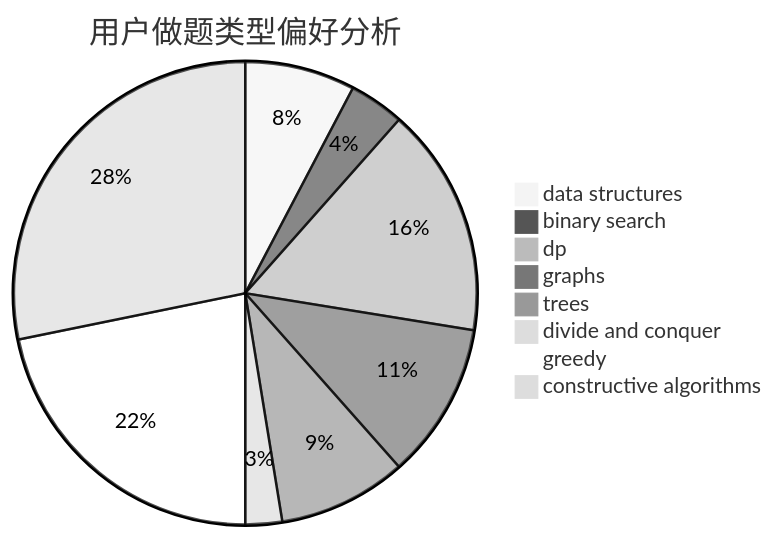
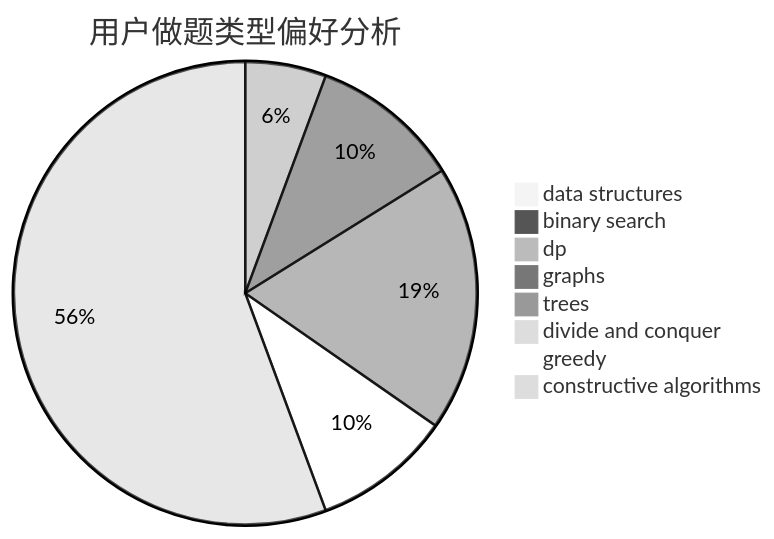
The second of 3 diagrams in docs/user/u2070.md (sherpahu/cfrs.github.io), drawn with Mermaid (neutral theme) before and after one commit. The commit also changed other lines of this file and 2770 other files, not shown here.

````diff
--- a/docs/user/u2070.md
+++ b/docs/user/u2070.md
@@ -23,11 +23,11 @@
 ```mermaid
 pie title 用户做题类型偏好分析
-    "data structures" :  12
-    "binary search" :  6
-    "dp" :  25
-    "graphs" :  17
-    "trees" :  14
-    "divide and conquer" :  4
-    "greedy" :  34
-    "constructive algorithms" :  44
+    "data structures" :  0
+    "binary search" :  0
+    "dp" :  7
+    "graphs" :  13
+    "trees" :  23
+    "divide and conquer" :  0
+    "greedy" :  12
+    "constructive algorithms" :  69
 ```
````
